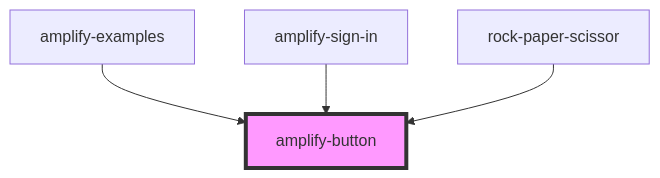
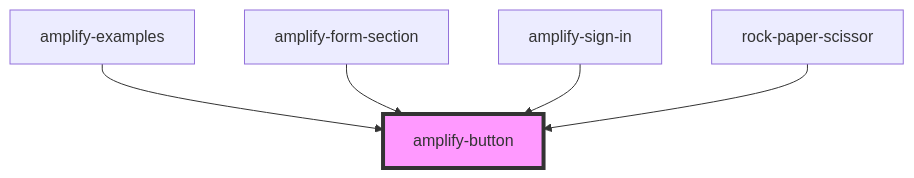
One commit to OneDev0411/amplify-js changed the diagram in packages/amplify-ui-components/src/components/amplify-button/readme.md. Above: the diagram before and after it, drawn with Mermaid. The commit also changed other lines of this file and 9 other files, not shown here.

Commit message:
Add base amplify-form-section component

````diff
--- a/packages/amplify-ui-components/src/components/amplify-button/readme.md
+++ b/packages/amplify-ui-components/src/components/amplify-button/readme.md
@@ -26,7 +27,8 @@
 ```mermaid
 graph TD;
   amplify-examples --> amplify-button
+  amplify-form-section --> amplify-button
   amplify-sign-in --> amplify-button
   rock-paper-scissor --> amplify-button
   style amplify-button fill:#f9f,stroke:#333,stroke-width:4px
 ```
````
